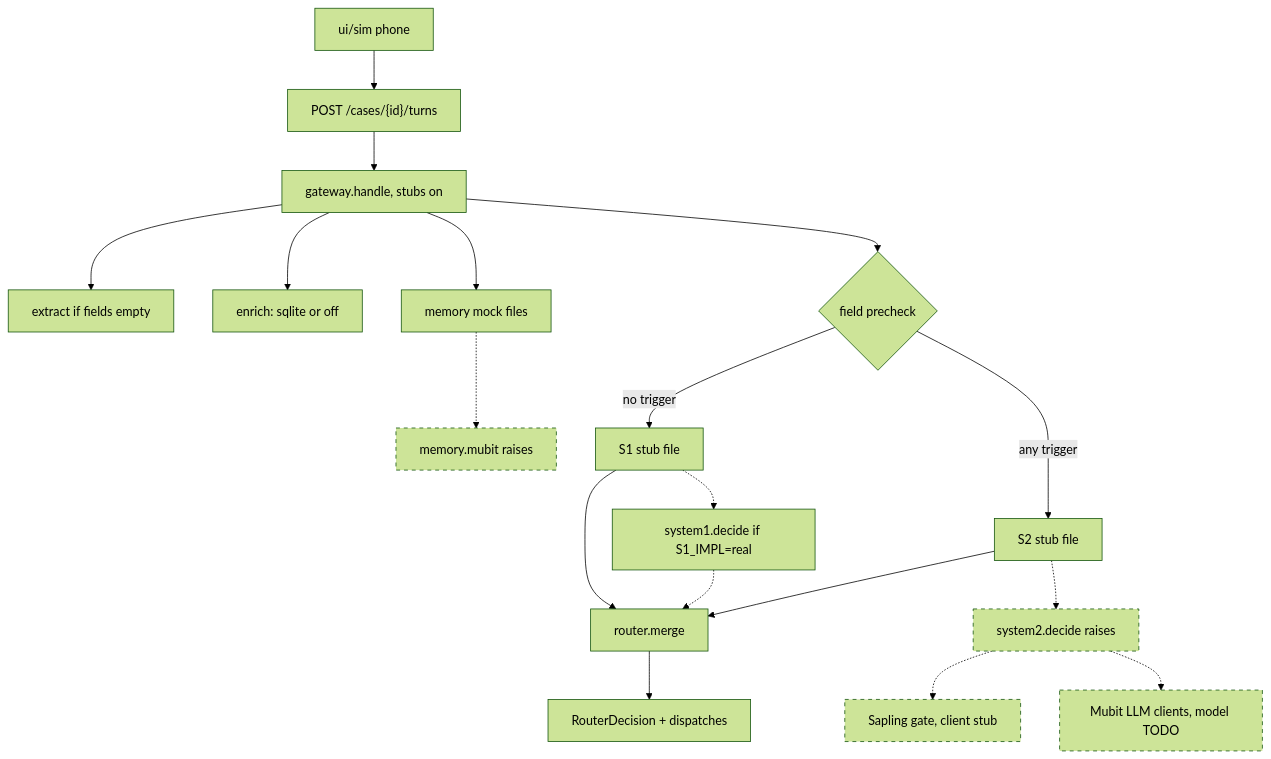
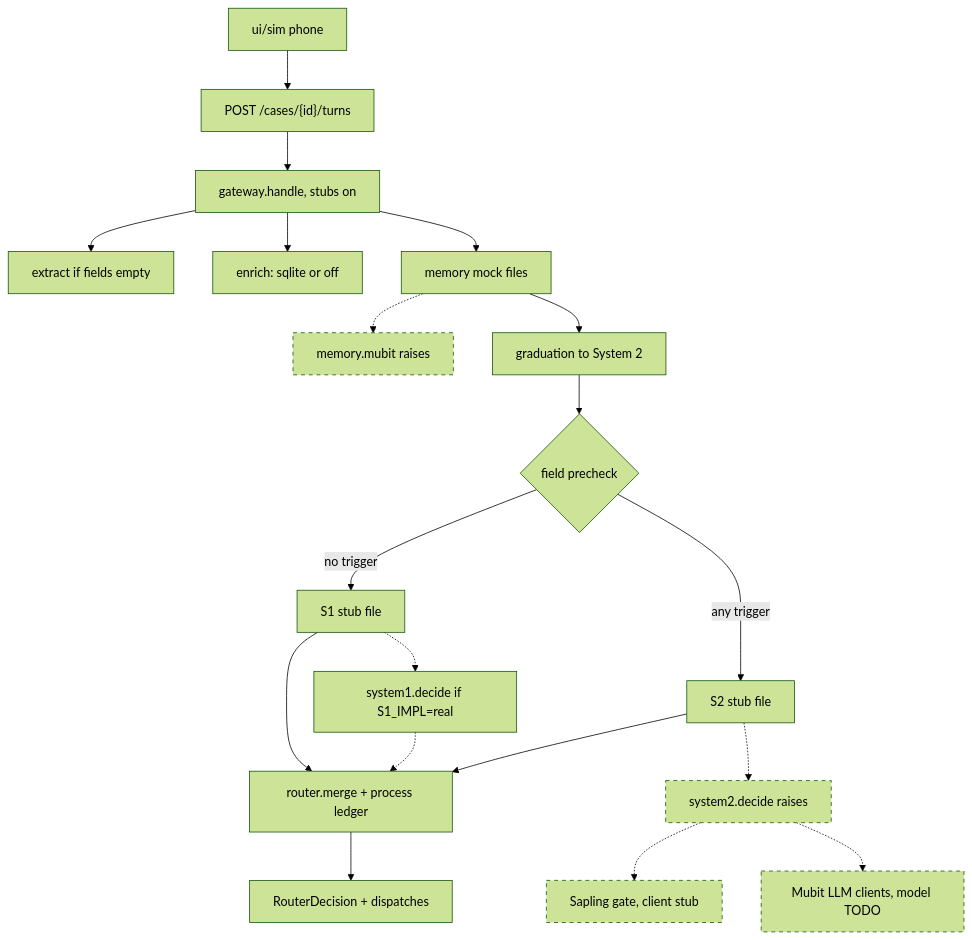
Before and after one commit to melaniepreen/Baan-Safe: the first of 2 diagrams in BaanSafe_Revised_Architecture.md, drawn with Mermaid (forest theme). The commit also changed other lines of this file and 2 other files, not shown here.

Commit message:
docs: refresh PRD and architecture diagram (ae01643)
Record graduation to System 2, the in-process stock ledger, and the
district extractor from 26b74a1. Note that flood.yaml is loaded and
country packs stay unloaded. Call diagrams show graduation and the ledger.

````diff
--- a/BaanSafe_Revised_Architecture.md
+++ b/BaanSafe_Revised_Architecture.md
@@ -20,21 +20,22 @@
 ```mermaid
 flowchart TD
   classDef unwired stroke-dasharray: 5 5
   phone["ui/sim phone"] --> turns["POST /cases/{id}/turns"]
   turns --> gw["gateway.handle, stubs on"]
   gw --> extract["extract if fields empty"]
   gw --> enrich["enrich: sqlite or off"]
   gw --> mem["memory mock files"]
   mem -.-> mm["memory.mubit raises"]:::unwired
-  gw --> pick{"field precheck"}
+  mem --> grad["graduation to System 2"]
+  grad --> pick{"field precheck"}
   pick -->|no trigger| s1["S1 stub file"]
   pick -->|any trigger| s2["S2 stub file"]
-  s1 --> merge["router.merge"]
+  s1 --> merge["router.merge + process ledger"]
   s2 --> merge
   merge --> out["RouterDecision + dispatches"]
   s1 -.-> rules["system1.decide if S1_IMPL=real"]
   rules -.-> merge
   s2 -.-> s2d["system2.decide raises"]:::unwired
   s2d -.-> sap["Sapling gate, client stub"]:::unwired
   s2d -.-> llm["Mubit LLM clients, model TODO"]:::unwired
 ```
````
